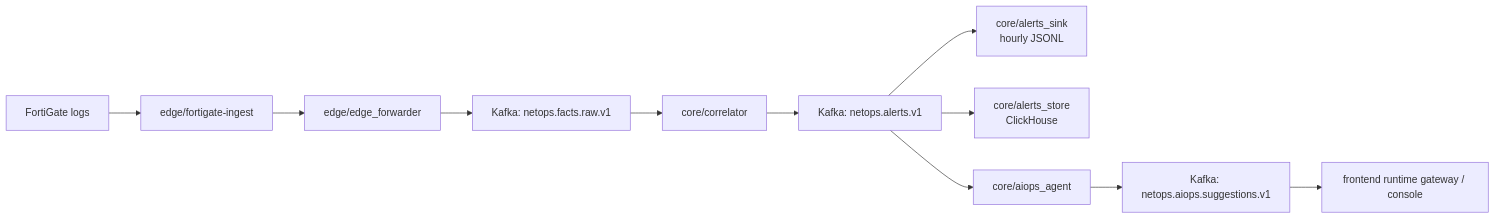
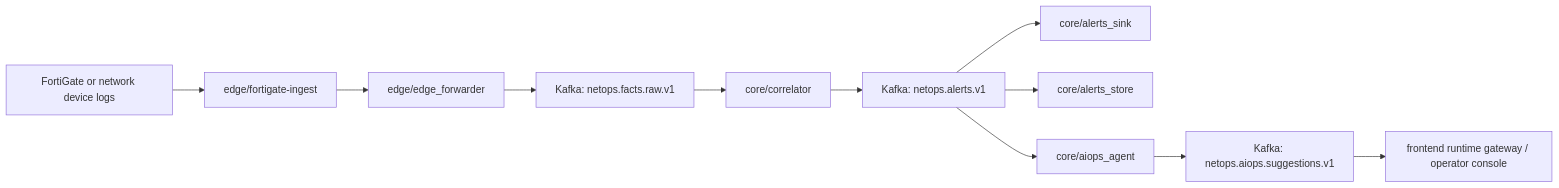
The diagram in README.md (Epochex/Netops-Hybird-AIOps-Platform), drawn with Mermaid before and after one commit. The commit also changed other lines of this file and 1 other file, not shown here.

````diff
--- a/README.md
+++ b/README.md
@@ -45,13 +24,13 @@
 ```mermaid
 flowchart LR
-  A[FortiGate logs] --> B[edge/fortigate-ingest]
+  A[FortiGate or network device logs] --> B[edge/fortigate-ingest]
   B --> C[edge/edge_forwarder]
   C --> D[Kafka: netops.facts.raw.v1]
   D --> E[core/correlator]
   E --> F[Kafka: netops.alerts.v1]
-  F --> G[core/alerts_sink<br/>hourly JSONL]
-  F --> H[core/alerts_store<br/>ClickHouse]
+  F --> G[core/alerts_sink]
+  F --> H[core/alerts_store]
   F --> I[core/aiops_agent]
   I --> J[Kafka: netops.aiops.suggestions.v1]
-  J --> K[frontend runtime gateway / console]
+  J --> K[frontend runtime gateway / operator console]
 ```
````
